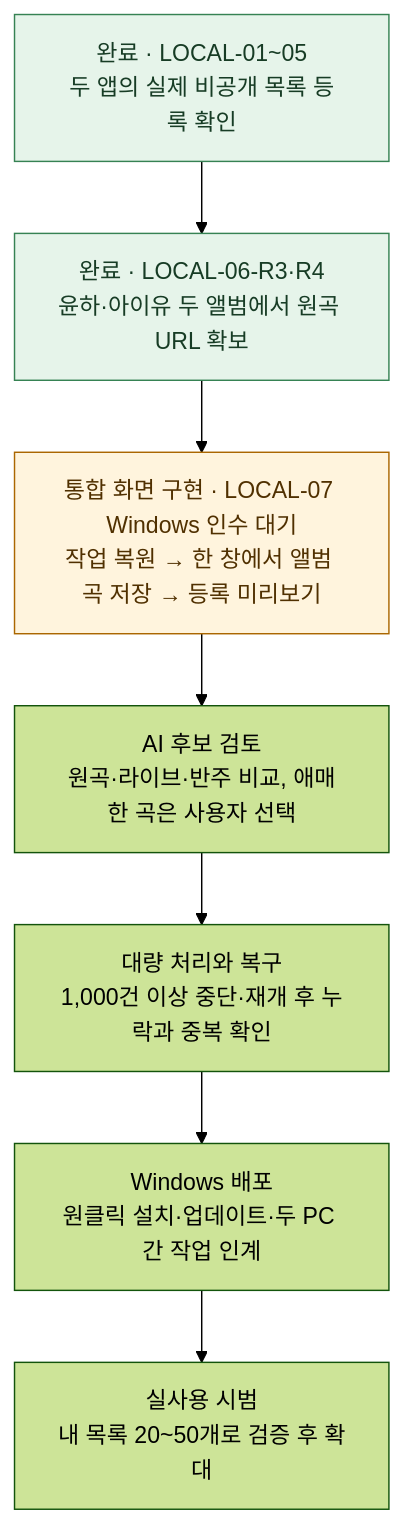
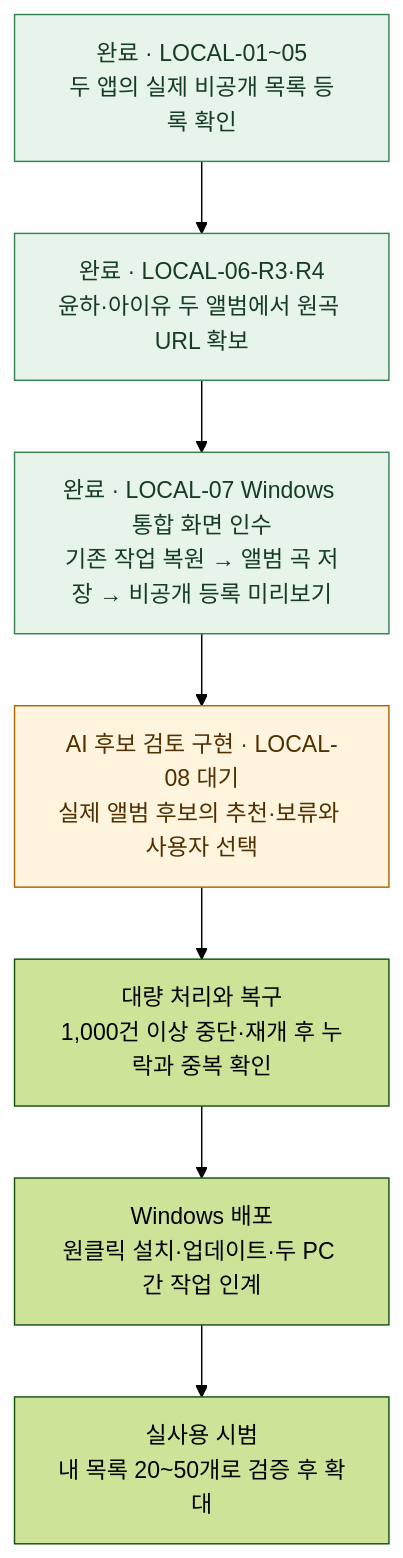
Before and after one commit to junis2002/Youtube_Playlist: the diagram in ROADMAP.md, drawn with Mermaid (forest theme). The commit also changed other lines of this file and 18 other files, not shown here.

````diff
--- a/ROADMAP.md
+++ b/ROADMAP.md
@@ -3,17 +3,17 @@
 ```mermaid
 flowchart TB
     A["완료 · LOCAL-01~05<br/>두 앱의 실제 비공개 목록 등록 확인"]
     B["완료 · LOCAL-06-R3·R4<br/>윤하·아이유 두 앨범에서 원곡 URL 확보"]
-    F["통합 화면 구현 · LOCAL-07 Windows 인수 대기<br/>작업 복원 → 한 창에서 앨범 곡 저장 → 등록 미리보기"]
-    G["AI 후보 검토<br/>원곡·라이브·반주 비교, 애매한 곡은 사용자 선택"]
+    F["완료 · LOCAL-07 Windows 통합 화면 인수<br/>기존 작업 복원 → 앨범 곡 저장 → 비공개 등록 미리보기"]
+    G["AI 후보 검토 구현 · LOCAL-08 대기<br/>실제 앨범 후보의 추천·보류와 사용자 선택"]
     H["대량 처리와 복구<br/>1,000건 이상 중단·재개 후 누락과 중복 확인"]
     I["Windows 배포<br/>원클릭 설치·업데이트·두 PC 간 작업 인계"]
     J["실사용 시범<br/>내 목록 20~50개로 검증 후 확대"]
 
     A --> B --> F --> G --> H --> I --> J
 
     classDef done fill:#e6f4ea,stroke:#368253,color:#173c25
     classDef next fill:#fff4dd,stroke:#ab6700,color:#503000
-    class A,B done
-    class F next
+    class A,B,F done
+    class G next
 ```
````
